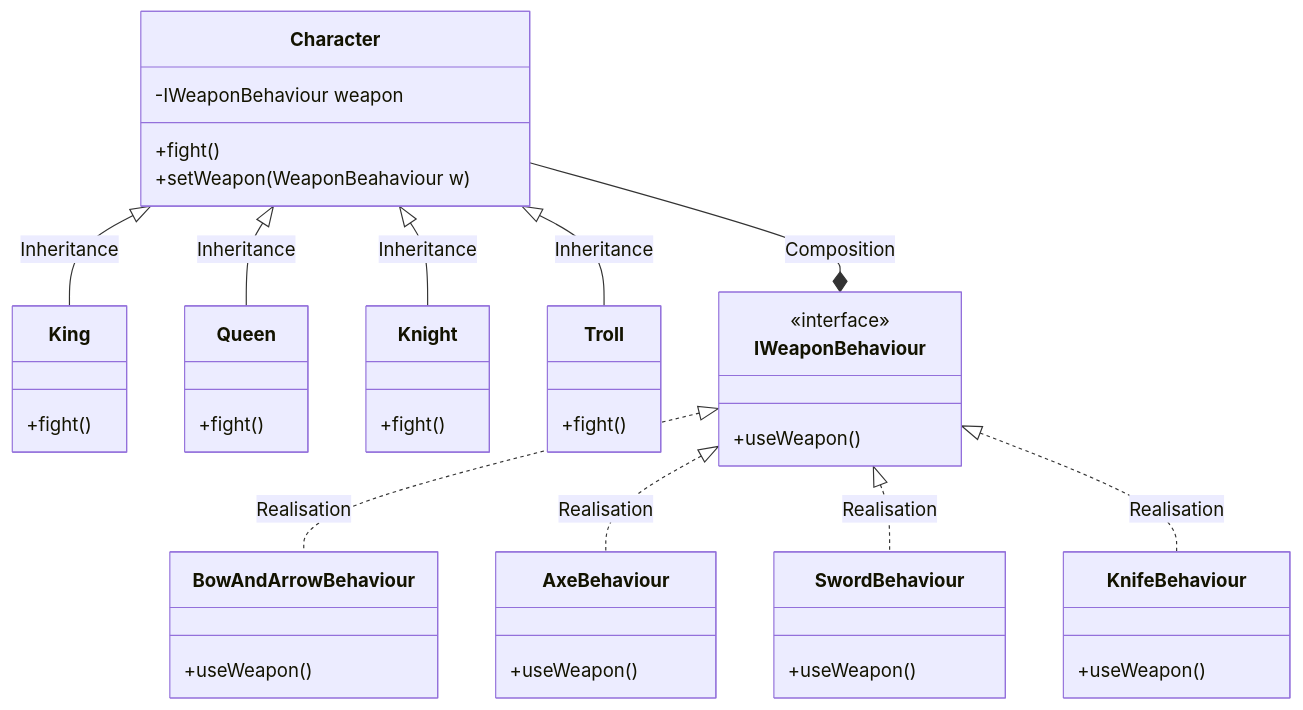
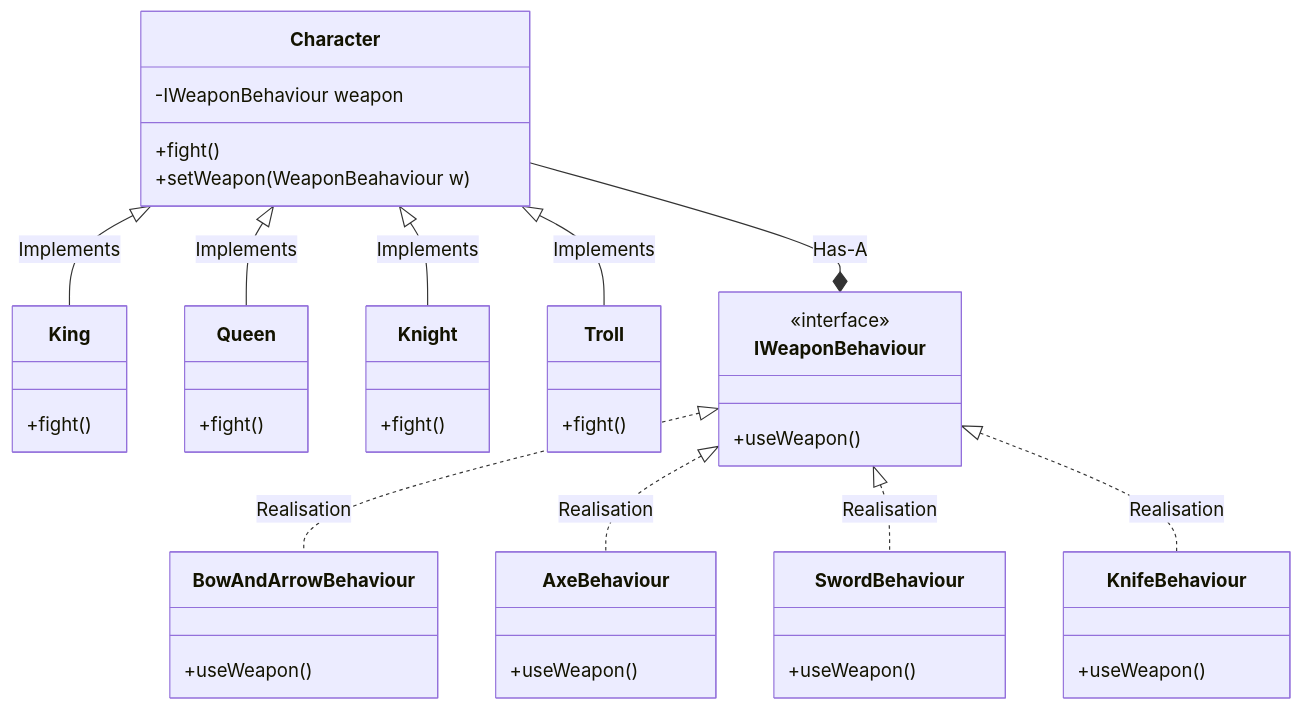
Before and after one commit to henry-js/HeadFirstDesignPatterns: the diagram in StrategyPattern/README.md, drawn with Mermaid. The commit also changed 39 other files, not shown here.

````diff
--- a/StrategyPattern/README.md
+++ b/StrategyPattern/README.md
@@ -20,46 +20,46 @@
 ```mermaid
 classDiagram
     class Character{
         -IWeaponBehaviour weapon
         +fight()
         +setWeapon(WeaponBeahaviour w)
     }
     class King{
         +fight()
     }
     class Queen{
         +fight()
     }
     class Knight{
         +fight()
     }
     class Troll{
         +fight()
     }
     class IWeaponBehaviour{
         <<interface>>
         +useWeapon()
     }
     class KnifeBehaviour{
         +useWeapon()
     }
     class AxeBehaviour{
         +useWeapon()
     }
     class SwordBehaviour{
         +useWeapon()
     }
     class BowAndArrowBehaviour{
         +useWeapon()
     }
 
-    Character<|--King : Inheritance
-    Character<|--Queen : Inheritance
-    Character<|--Knight : Inheritance
-    Character<|--Troll : Inheritance
-    Character--*IWeaponBehaviour : Composition
+    Character<|--King : Implements
+    Character<|--Queen : Implements
+    Character<|--Knight : Implements
+    Character<|--Troll : Implements
+    Character--*IWeaponBehaviour : Has-A
     IWeaponBehaviour <|..BowAndArrowBehaviour : Realisation
     IWeaponBehaviour <|..AxeBehaviour : Realisation
     IWeaponBehaviour <|..SwordBehaviour : Realisation
     IWeaponBehaviour <|..KnifeBehaviour : Realisation
 ```
````
